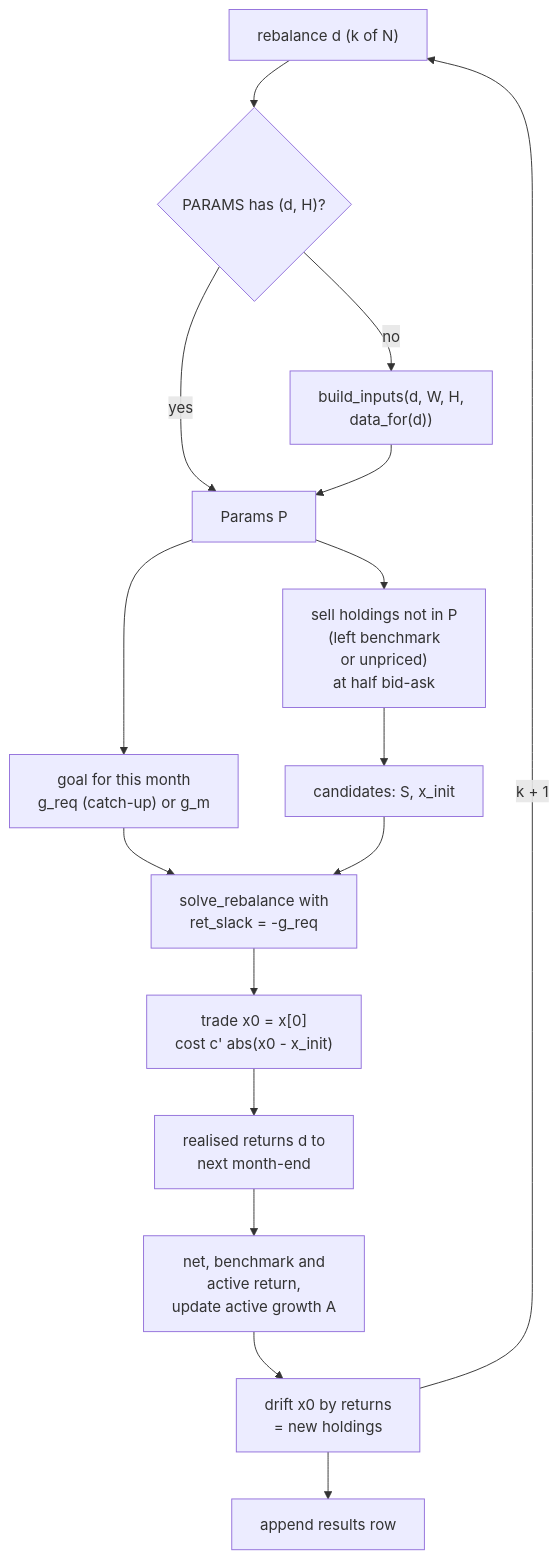
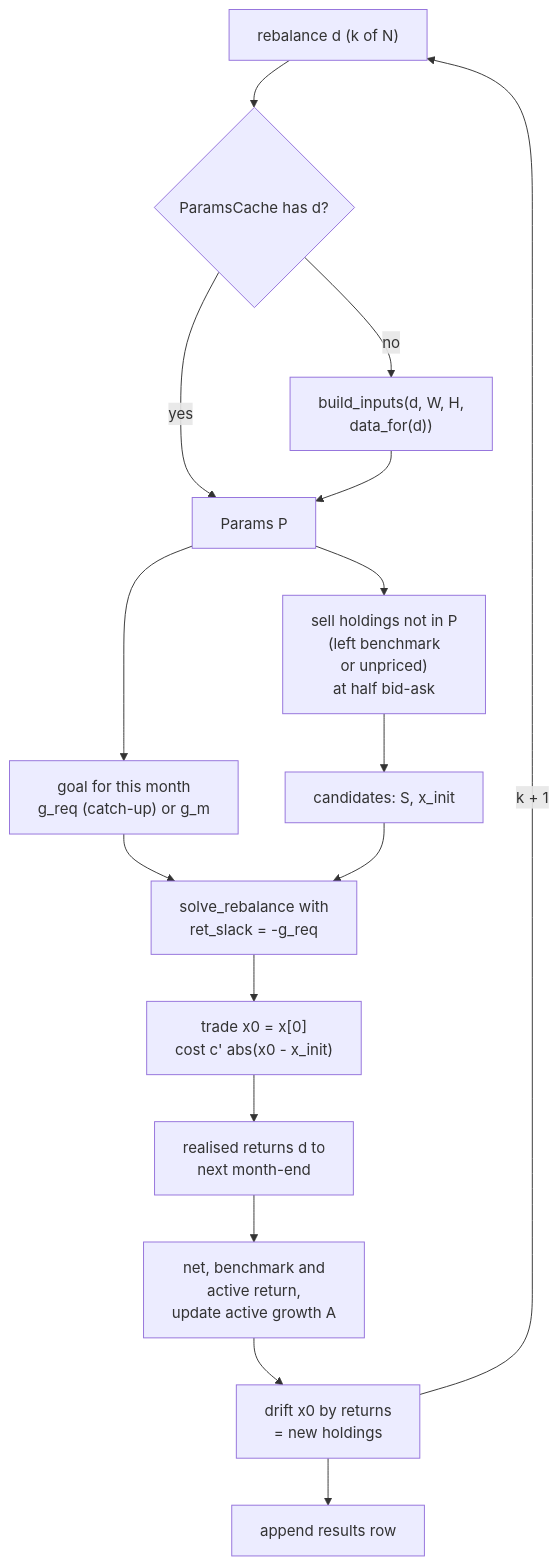
One commit to s-ychen/Capstone changed the diagram in documentation/04_rolling.md. Above: the diagram before and after it, drawn with Mermaid. The commit also changed other lines of this file and 18 other files, not shown here.

````diff
--- a/documentation/04_rolling.md
+++ b/documentation/04_rolling.md
@@ -7,19 +7,19 @@
 ```mermaid
 %%{init: {"flowchart": {"wrappingWidth": 1000}, "markdownAutoWrap": false, "themeCSS": ".node .label div, .node .nodeLabel, .node p { text-align: left !important; }"}}%%
 flowchart TD
-    D["rebalance d (k of N)"] --> CH{"PARAMS has (d, H)?"}
+    D["rebalance d (k of N)"] --> CH{"ParamsCache has d?"}
     CH -->|no| EST["build_inputs(d, W, H,<br/>data_for(d))"]
     CH -->|yes| P["Params P"]
     EST --> P
     P --> GR["goal for this month<br/>g_req (catch-up) or g_m"]
     P --> EX["sell holdings not in P<br/>(left benchmark<br/>or unpriced)<br/>at half bid-ask"]
     EX --> CA["candidates: S, x_init"]
     GR --> SO["solve_rebalance with<br/>ret_slack = -g_req"]
     CA --> SO
     SO --> TR["trade x0 = x[0]<br/>cost c' abs(x0 - x_init)"]
     TR --> RR["realised returns d to<br/>next month-end"]
     RR --> AC["net, benchmark and<br/>active return,<br/>update active growth A"]
     AC --> DR["drift x0 by returns<br/>= new holdings"]
     DR --> ROW["append results row"]
     DR -->|"k + 1"| D
 ```
````
